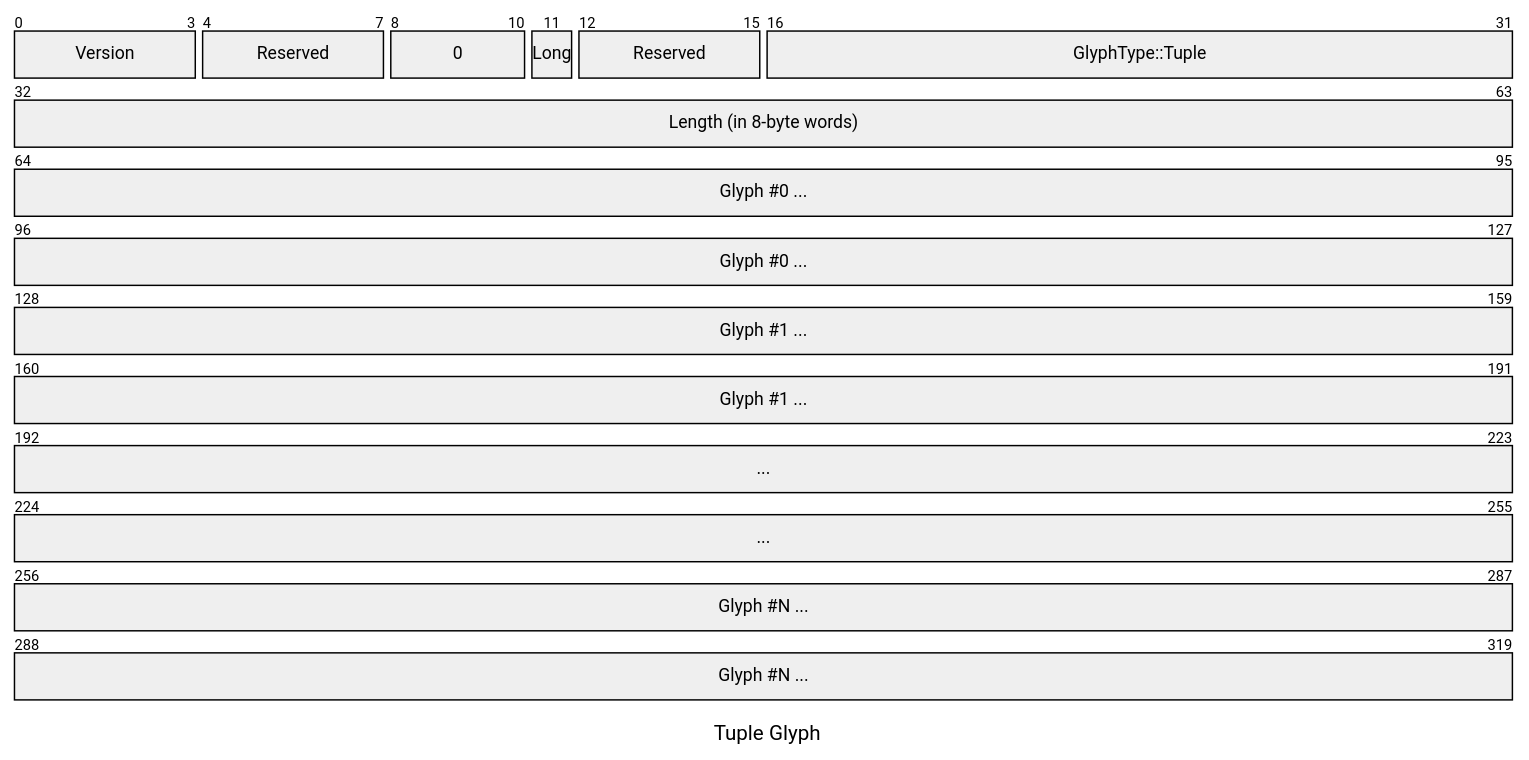
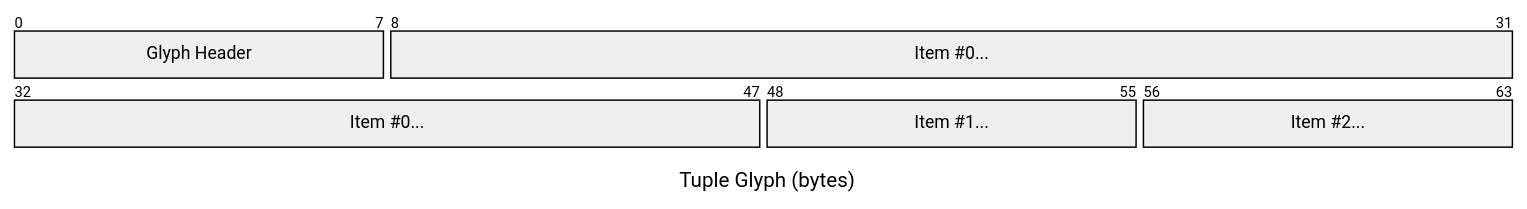
The tenth of 15 diagrams in src/binary_formats.md (elara-themica/glifs-contributor-guide), drawn with Mermaid before and after one commit. The commit also changed other lines of this file, not shown here.

````diff
--- a/src/binary_formats.md
+++ b/src/binary_formats.md
@@ -275,17 +268,11 @@
 ```mermaid
 ---
-title: "Tuple Glyph"
+title: "Tuple Glyph (bytes)"
 ---
 packet-beta
-0-3: "Version"
-4-7: "Reserved"
-8-10: "0"
-11: "Long"
-12-15: "Reserved"
-16-31: "GlyphType::Tuple"
-32-63: "Length (in 8-byte words)"
-64-127: "Glyph #0 ..."
-128-191: "Glyph #1 ..."
-192-255: "..."
-256-319: "Glyph #N ..."
+0-7: "Glyph Header"
+8-47: "Item #0..."
+48-55: "Item #1..."
+56-63: "Item #2..."
+
 ```
````
